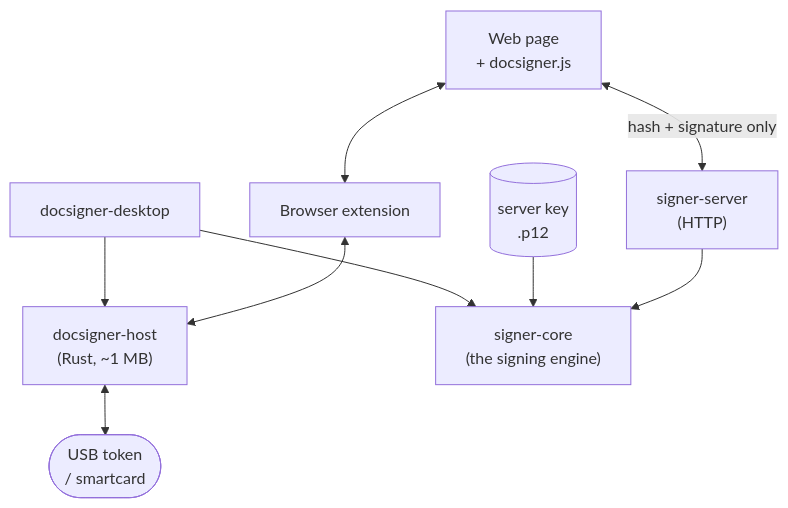
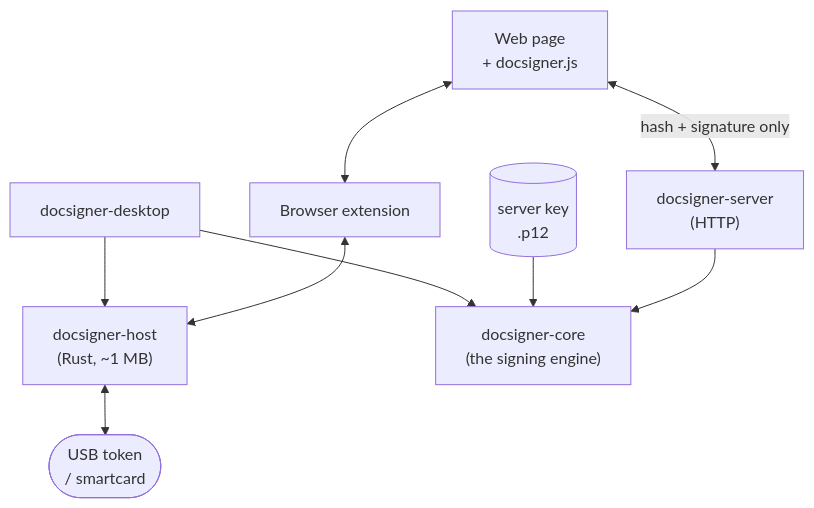
One commit to resilient-tech/docsigner changed the first of 3 diagrams in docs/architecture.md. Above: the diagram before and after it, drawn with Mermaid. The commit also changed other lines of this file and 93 other files, not shown here.

````diff
--- a/docs/architecture.md
+++ b/docs/architecture.md
@@ -15,20 +15,20 @@
 ```mermaid
 flowchart TB
     Page["Web page<br/>+ docsigner.js"]
     Ext["Browser extension"]
     Host["docsigner-host<br/>(Rust, ~1 MB)"]
     Token(["USB token<br/>/ smartcard"])
-    Server["signer-server<br/>(HTTP)"]
-    Core["signer-core<br/>(the signing engine)"]
+    Server["docsigner-server<br/>(HTTP)"]
+    Core["docsigner-core<br/>(the signing engine)"]
     P12[("server key<br/>.p12")]
     Desk["docsigner-desktop"]
 
     Page <--> Ext
     Ext <--> Host
     Host <--> Token
     Page <-->|"hash + signature only"| Server
     Server --> Core
     P12 --> Core
     Desk --> Core
     Desk --> Host
 ```
````
